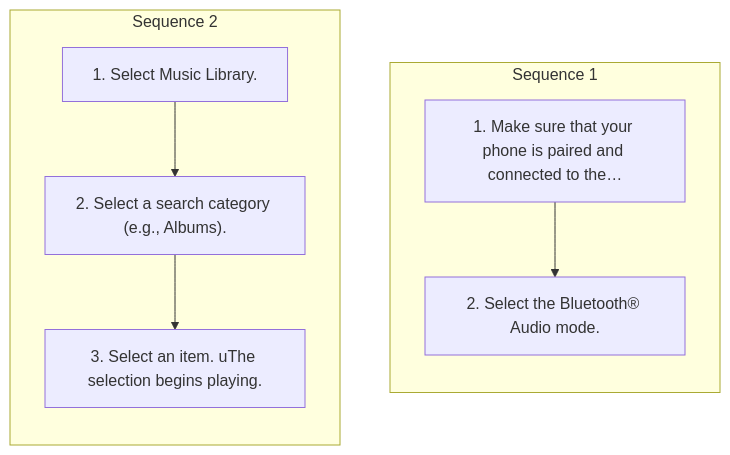
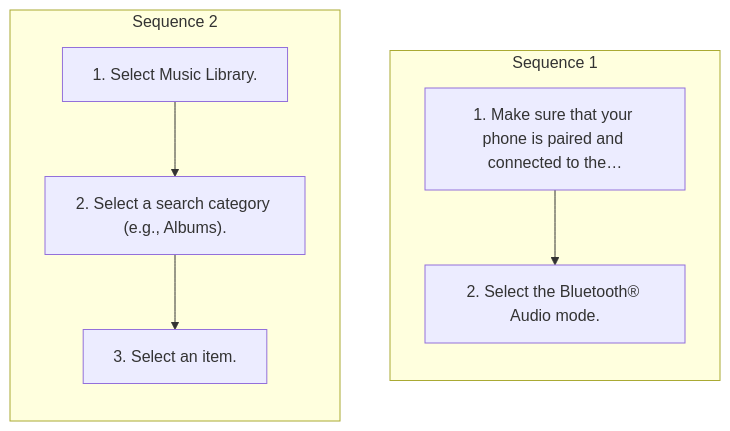
One commit to Chieko-Y/my-spec-generator changed the diagram in workspace/honda/pilot-2026/ivi/published/features/14-playing-bluetooth-audio.md. Above: the diagram before and after it, drawn with Mermaid. The commit also changed other lines of this file and 59 other files, not shown here.

````diff
--- a/workspace/honda/pilot-2026/ivi/published/features/14-playing-bluetooth-audio.md
+++ b/workspace/honda/pilot-2026/ivi/published/features/14-playing-bluetooth-audio.md
@@ -14,17 +14,17 @@
 ```mermaid
 flowchart TD
     subgraph SEQ1["Sequence 1"]
     direction TB
     S1_1["1. Make sure that your phone is paired and connected to the…"]
     S1_2["2. Select the Bluetooth® Audio mode."]
     S1_1 --> S1_2
     end
     subgraph SEQ2["Sequence 2"]
     direction TB
     S2_1["1. Select Music Library."]
     S2_2["2. Select a search category (e.g., Albums)."]
-    S2_3["3. Select an item. uThe selection begins playing."]
+    S2_3["3. Select an item."]
     S2_1 --> S2_2
     S2_2 --> S2_3
     end
 ```
````
